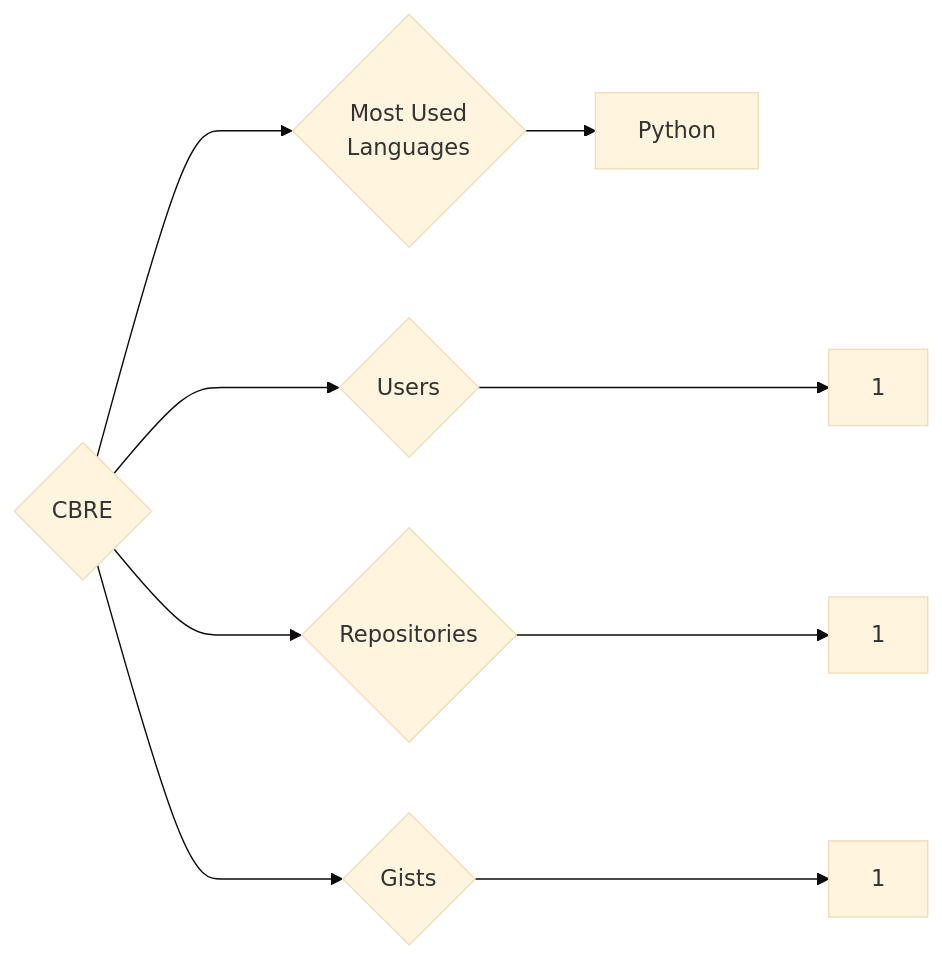
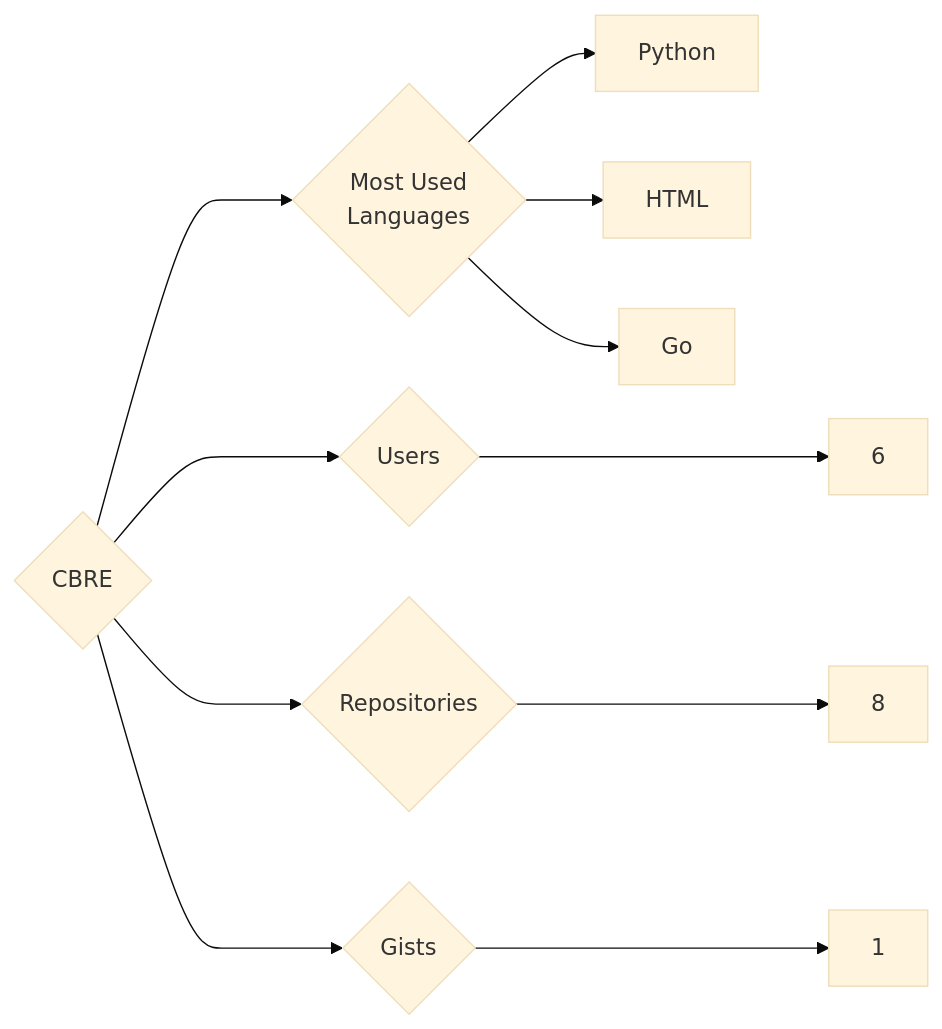
Before and after one commit to trickest/insiders: the diagram in targets/CBRE/README.md, drawn with Mermaid (base theme). The commit also changed 912 other files, not shown here.

````diff
--- a/targets/CBRE/README.md
+++ b/targets/CBRE/README.md
@@ -3,9 +3,11 @@
 ```mermaid
 graph LR
 COMPANY_NAME{CBRE}
-COMPANY_NAME ---> U{Users} ---> UN[1]
-COMPANY_NAME ---> R{Repositories} ---> RN[1]
+COMPANY_NAME ---> U{Users} ---> UN[6]
+COMPANY_NAME ---> R{Repositories} ---> RN[8]
 COMPANY_NAME ---> G{Gists} ---> GN[1]
 COMPANY_NAME ---> ML{Most Used<br>Languages}
 ML --> Python[Python]
+ML --> HTML[HTML]
+ML --> Go[Go]
 ```
````
